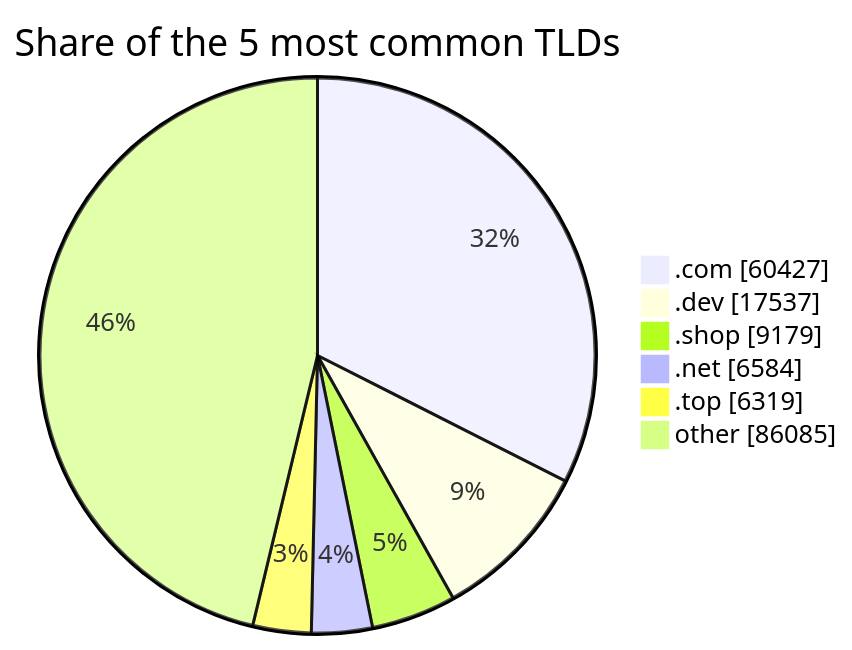
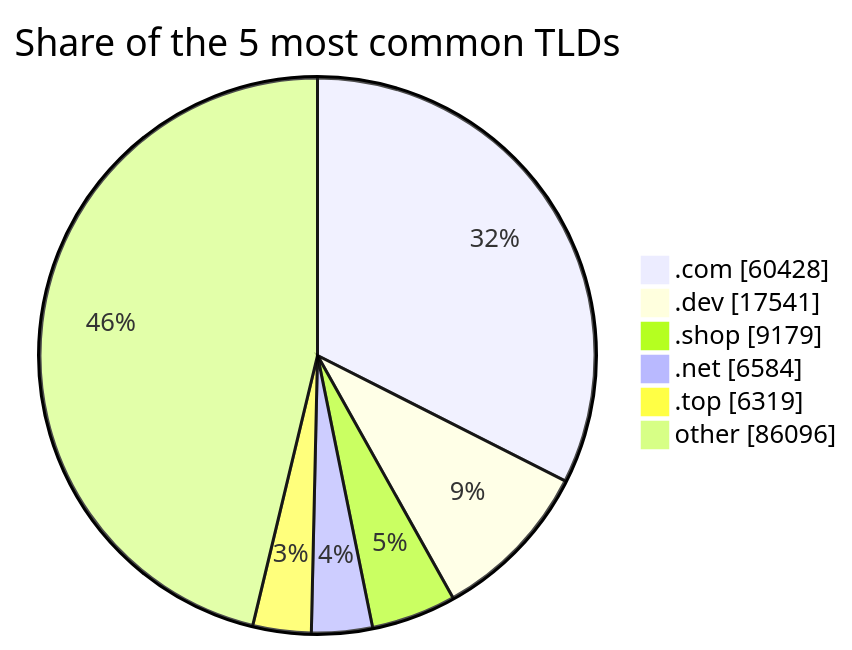
The third of 3 diagrams in README.md (DNSBunker/CTI), drawn with Mermaid before and after one commit. The commit also changed other lines of this file and 3 other files, not shown here.

````diff
--- a/README.md
+++ b/README.md
@@ -81,9 +81,9 @@
 ```mermaid
 pie showData title Share of the 5 most common TLDs
-    ".com" : 60427
-    ".dev" : 17537
+    ".com" : 60428
+    ".dev" : 17541
     ".shop" : 9179
     ".net" : 6584
     ".top" : 6319
-    "other" : 86085
+    "other" : 86096
 ```
````
